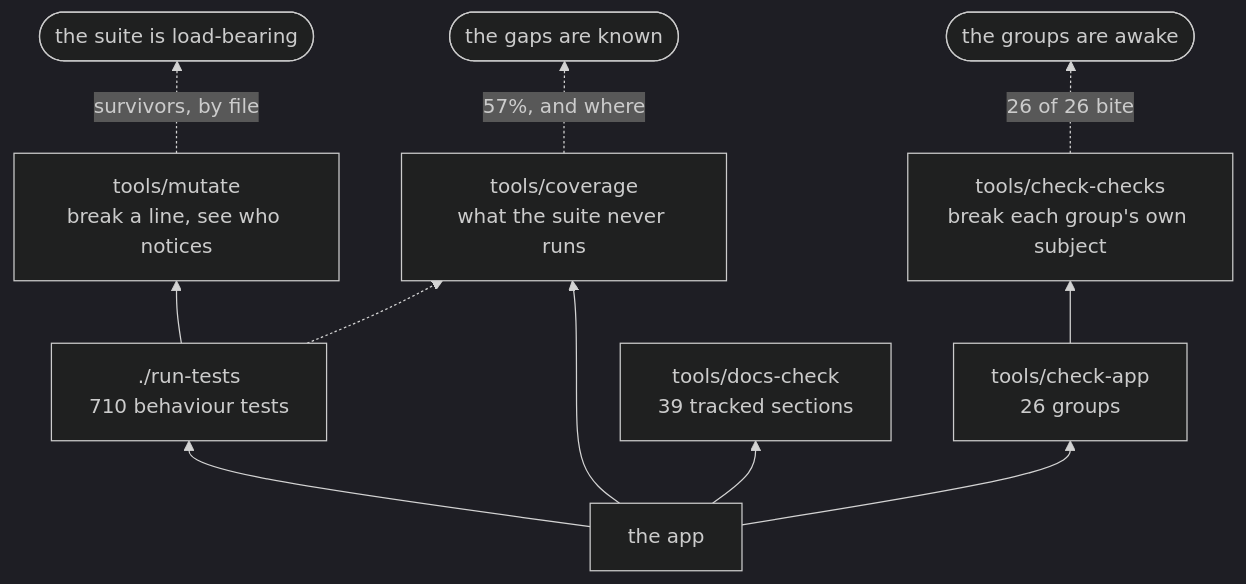
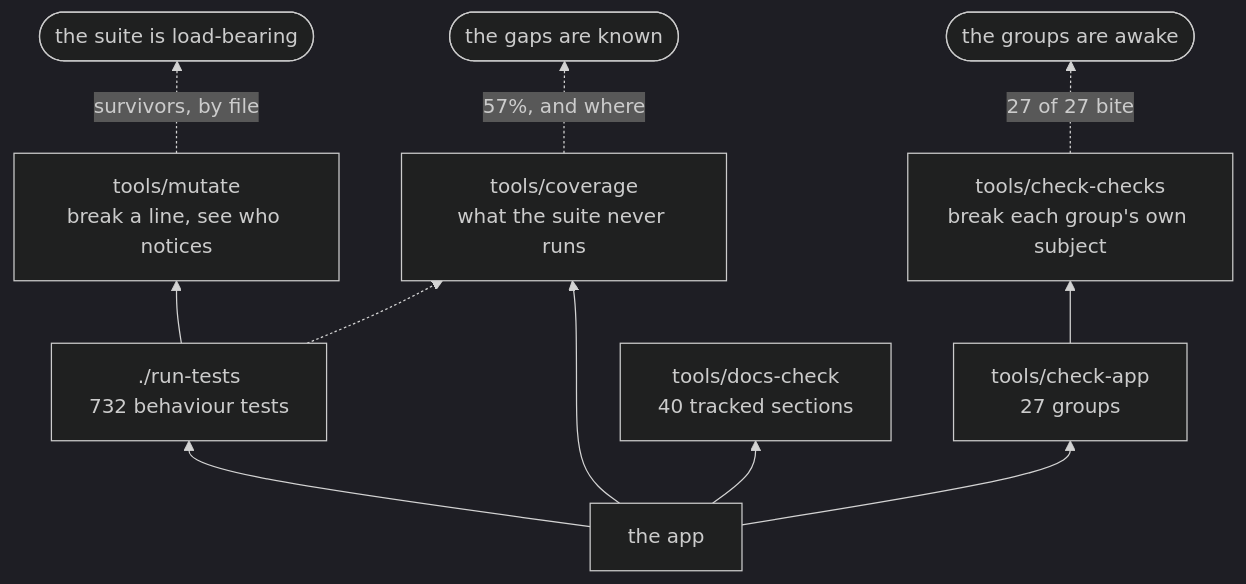
One commit to minormending/crystal-pilot-mobile changed the second of 2 diagrams in docs/DEVELOPING.md. Above: the diagram before and after it, drawn with Mermaid (dark theme). The commit also changed other lines of this file and 16 other files, not shown here.

````diff
--- a/docs/DEVELOPING.md
+++ b/docs/DEVELOPING.md
@@ -127,13 +127,13 @@
 ```mermaid
 flowchart BT
-    C["the app"] --> T["./run-tests<br/>710 behaviour tests"]
-    C --> A["tools/check-app<br/>26 groups"]
-    C --> D["tools/docs-check<br/>39 tracked sections"]
+    C["the app"] --> T["./run-tests<br/>732 behaviour tests"]
+    C --> A["tools/check-app<br/>27 groups"]
+    C --> D["tools/docs-check<br/>40 tracked sections"]
     C --> V["tools/coverage<br/>what the suite never runs"]
     T --> M["tools/mutate<br/>break a line, see who notices"]
     A --> K["tools/check-checks<br/>break each group's own subject"]
     T -.-> V
     M -.->|"survivors, by file"| R(["the suite is load-bearing"])
-    K -.->|"26 of 26 bite"| R2(["the groups are awake"])
+    K -.->|"27 of 27 bite"| R2(["the groups are awake"])
     V -.->|"57%, and where"| R3(["the gaps are known"])
 ```
````
